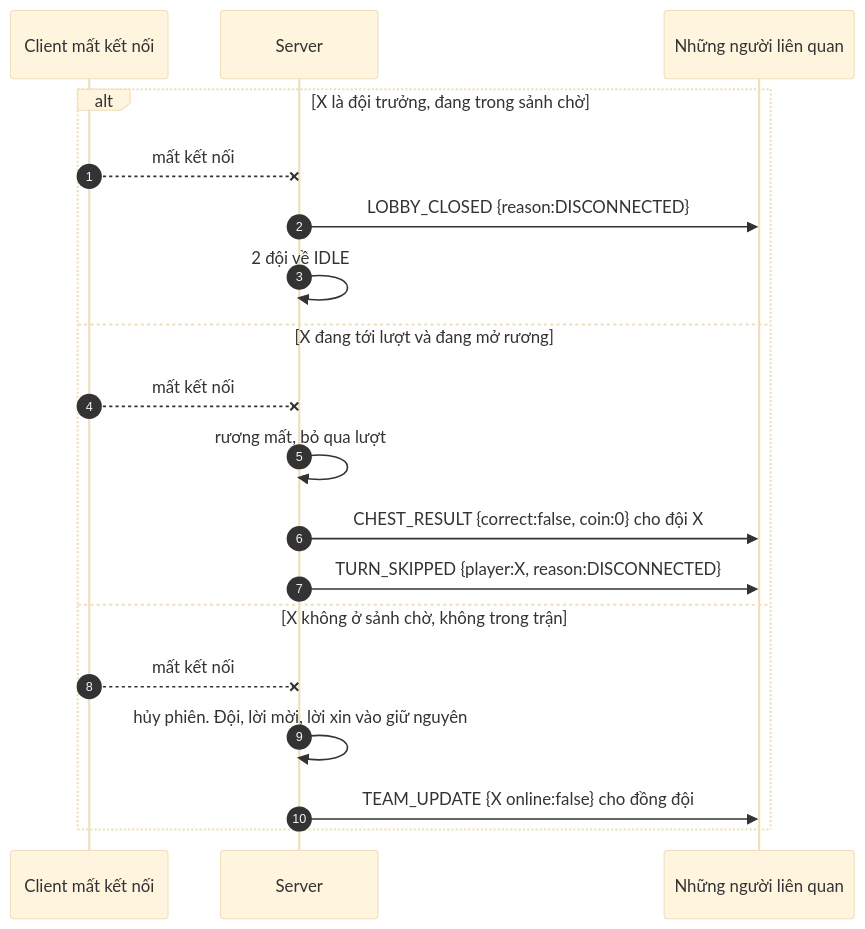
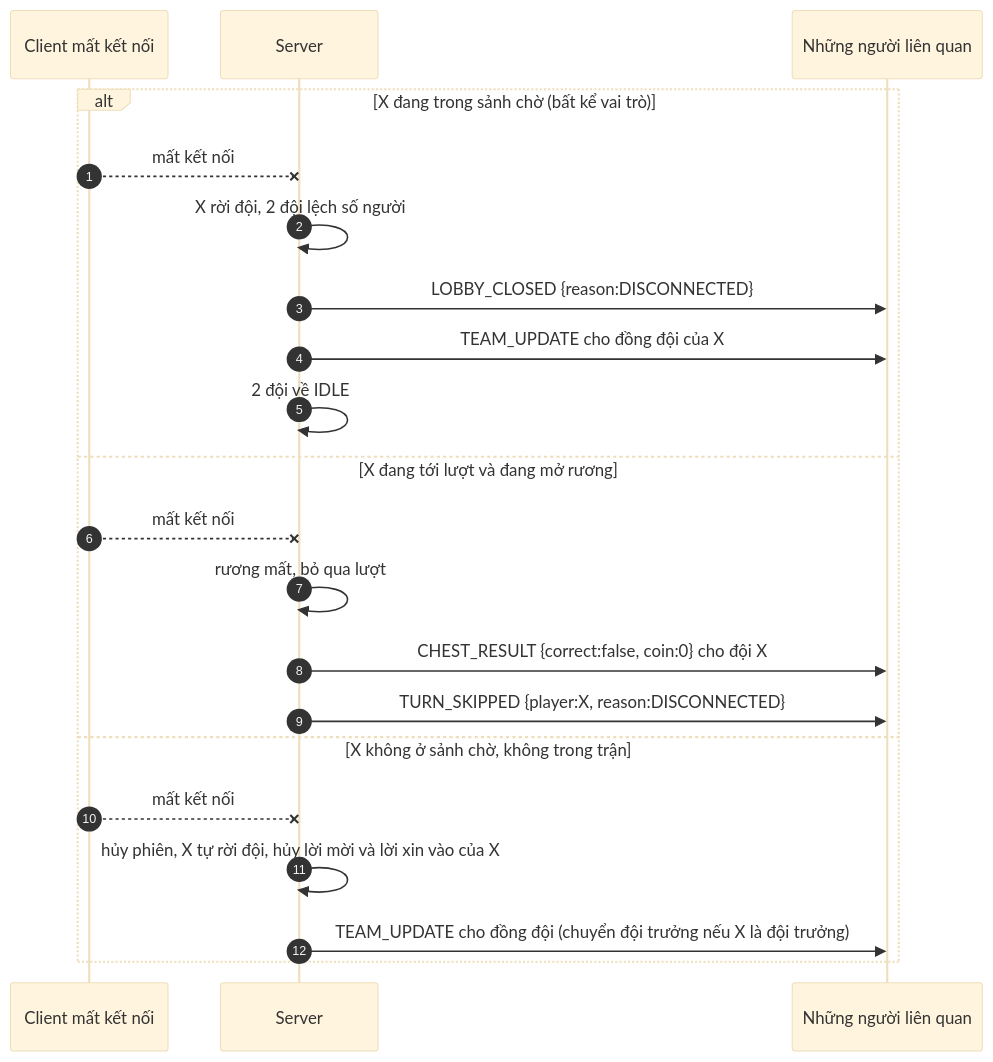
One commit to dson19/network changed the diagram in Project/docs/design/diagrams/sequence/32-disconnect-other.md. Above: the diagram before and after it, drawn with Mermaid (base theme). The commit also changed 14 other files, not shown here.

````diff
--- a/Project/docs/design/diagrams/sequence/32-disconnect-other.md
+++ b/Project/docs/design/diagrams/sequence/32-disconnect-other.md
@@ -5,22 +5,24 @@
 ```mermaid
 sequenceDiagram
     autonumber
     participant X as Client mất kết nối
     participant S as Server
     participant O as Những người liên quan
 
-    alt X là đội trưởng, đang trong sảnh chờ
+    alt X đang trong sảnh chờ (bất kể vai trò)
         X--xS: mất kết nối
+        S->>S: X rời đội, 2 đội lệch số người
         S->>O: LOBBY_CLOSED {reason:DISCONNECTED}
+        S->>O: TEAM_UPDATE cho đồng đội của X
         S->>S: 2 đội về IDLE
     else X đang tới lượt và đang mở rương
         X--xS: mất kết nối
         S->>S: rương mất, bỏ qua lượt
         S->>O: CHEST_RESULT {correct:false, coin:0} cho đội X
         S->>O: TURN_SKIPPED {player:X, reason:DISCONNECTED}
     else X không ở sảnh chờ, không trong trận
         X--xS: mất kết nối
-        S->>S: hủy phiên. Đội, lời mời, lời xin vào giữ nguyên
-        S->>O: TEAM_UPDATE {X online:false} cho đồng đội
+        S->>S: hủy phiên, X tự rời đội, hủy lời mời và lời xin vào của X
+        S->>O: TEAM_UPDATE cho đồng đội (chuyển đội trưởng nếu X là đội trưởng)
     end
 ```
````
